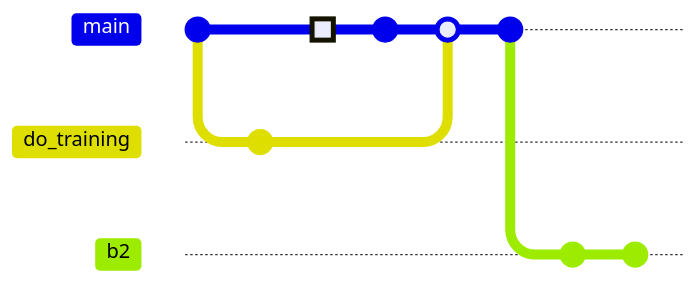
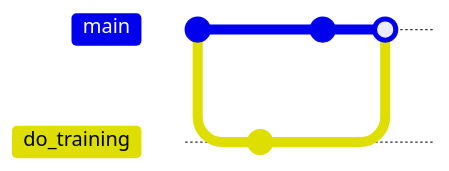
One commit to aiAdrian/flatland_solver_policy changed the second of 2 diagrams in README.md. Above: the diagram before and after it, drawn with Mermaid. Commit ids are hidden.

````diff
--- a/README.md
+++ b/README.md
@@ -32,15 +32,10 @@
 ```mermaid
 gitGraph:
     commit "Adrian"
     branch "do_training"
     checkout "do_training"
     commit id:"1111" 
-    checkout main
-    commit type: HIGHLIGHT
+    checkout main 
     commit id:"2222" 
     merge "do_training"
-    commit id:"3333" 
-    branch b2
-    commit id:"4444"
-    commit id:"5555" 
 ```
````
